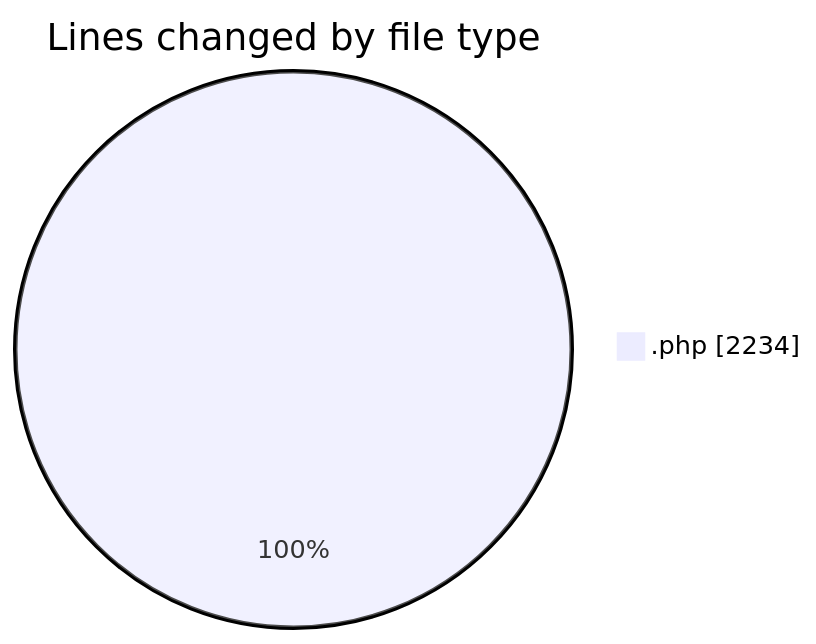
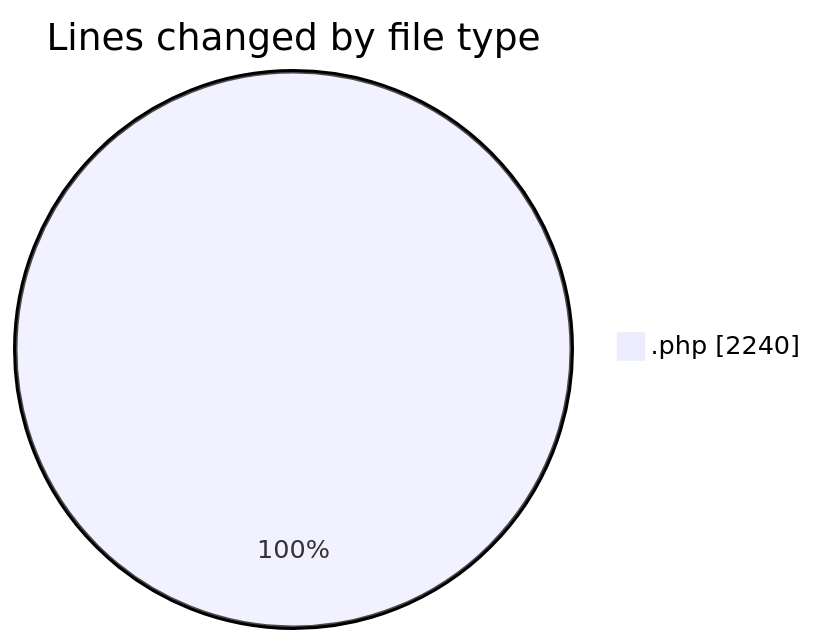
One commit to debugP/code-tracking changed the first of 2 diagrams in 2025-10-22/untitled__workspace_/README.md. Above: the diagram before and after it, drawn with Mermaid. The commit also changed other lines of this file and 1 other file, not shown here.

````diff
--- a/2025-10-22/untitled__workspace_/README.md
+++ b/2025-10-22/untitled__workspace_/README.md
@@ -20,5 +20,5 @@
 ```mermaid
 pie showData
 title Lines changed by file type
-".php" : 2234
+".php" : 2240
 ```
````
